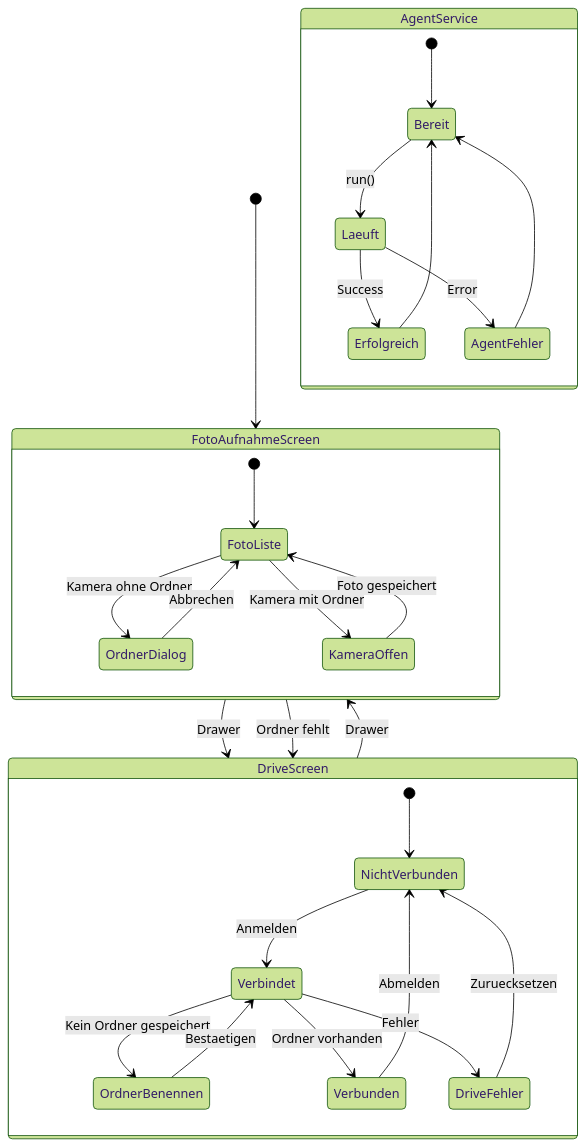
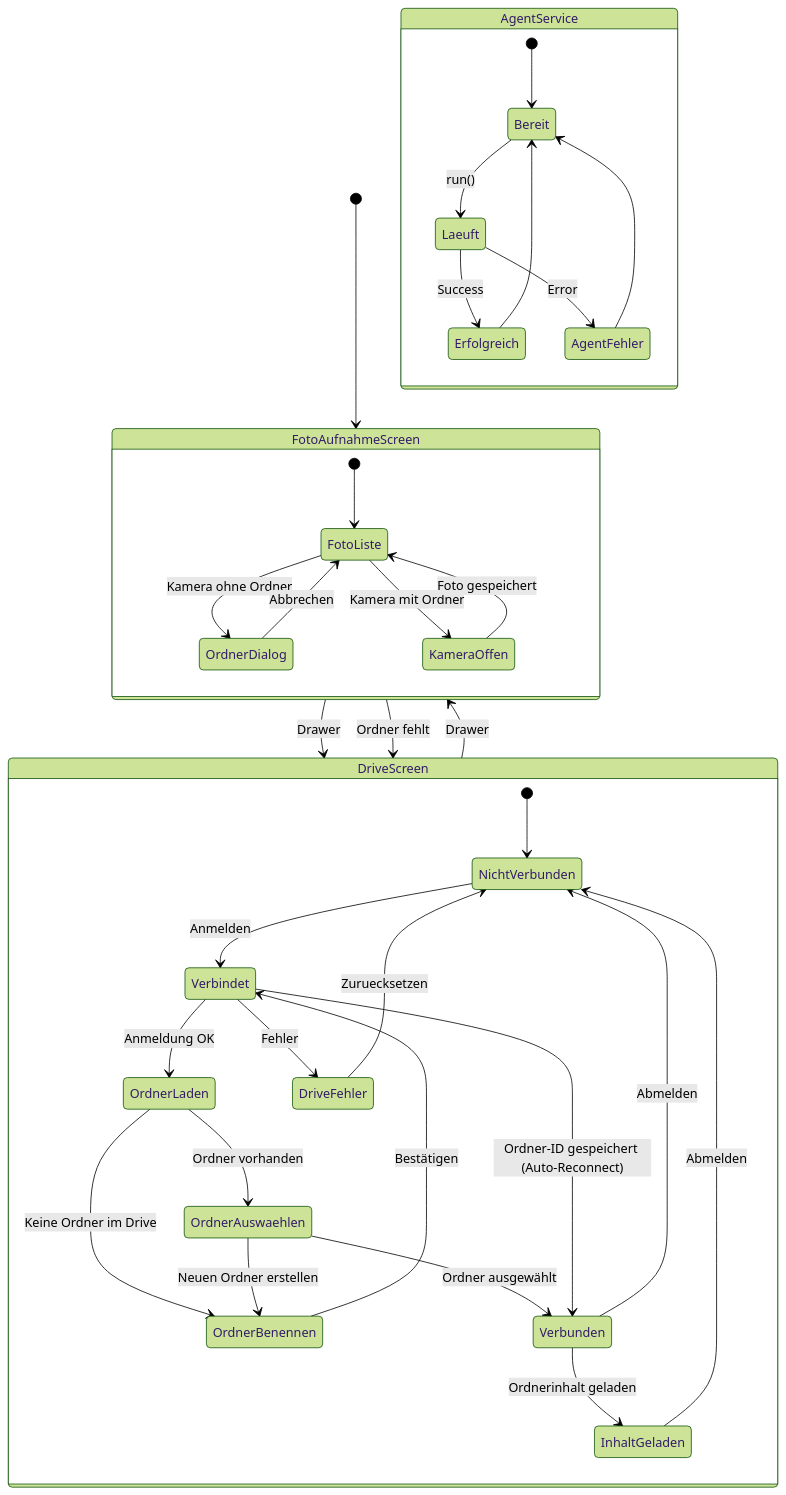
The diagram in docs/state-diagram.mmd (chrismeyer10/PhotoDrop), drawn with Mermaid (forest theme) before and after one commit. The commit also changed 6 other files, not shown here.

First line of the commit message:
feat: Drive-Ordner auswählen oder neu erstellen mit Vorschlag (#19)

```diff
--- a/docs/state-diagram.mmd
+++ b/docs/state-diagram.mmd
@@ -1,38 +1,44 @@
 %% PhotoDrop — State Diagram
 %% Pflege: Bei jeder Aufgabe aktualisieren wenn sich Zustände, Screens oder Flows ändern.
 %% Zeigt: App-Navigation, Screen-Zustände, DriveViewModel-Zustände, AgentService-Zustände.
 
 stateDiagram-v2
     [*] --> FotoAufnahmeScreen
 
     FotoAufnahmeScreen --> DriveScreen : Drawer
     FotoAufnahmeScreen --> DriveScreen : Ordner fehlt
     DriveScreen --> FotoAufnahmeScreen : Drawer
 
     state FotoAufnahmeScreen {
         [*] --> FotoListe
         FotoListe --> OrdnerDialog : Kamera ohne Ordner
         FotoListe --> KameraOffen : Kamera mit Ordner
         OrdnerDialog --> FotoListe : Abbrechen
         KameraOffen --> FotoListe : Foto gespeichert
     }
 
     state DriveScreen {
         [*] --> NichtVerbunden
         NichtVerbunden --> Verbindet : Anmelden
-        Verbindet --> OrdnerBenennen : Kein Ordner gespeichert
-        Verbindet --> Verbunden : Ordner vorhanden
+        Verbindet --> OrdnerLaden : Anmeldung OK
+        OrdnerLaden --> OrdnerAuswaehlen : Ordner vorhanden
+        OrdnerLaden --> OrdnerBenennen : Keine Ordner im Drive
+        OrdnerAuswaehlen --> Verbunden : Ordner ausgewählt
+        OrdnerAuswaehlen --> OrdnerBenennen : Neuen Ordner erstellen
+        OrdnerBenennen --> Verbindet : Bestätigen
+        Verbindet --> Verbunden : Ordner-ID gespeichert (Auto-Reconnect)
         Verbindet --> DriveFehler : Fehler
-        OrdnerBenennen --> Verbindet : Bestaetigen
         DriveFehler --> NichtVerbunden : Zuruecksetzen
+        Verbunden --> InhaltGeladen : Ordnerinhalt geladen
         Verbunden --> NichtVerbunden : Abmelden
+        InhaltGeladen --> NichtVerbunden : Abmelden
     }
 
     state AgentService {
         [*] --> Bereit
         Bereit --> Laeuft : run()
         Laeuft --> Erfolgreich : Success
         Laeuft --> AgentFehler : Error
         Erfolgreich --> Bereit
         AgentFehler --> Bereit
     }
```
